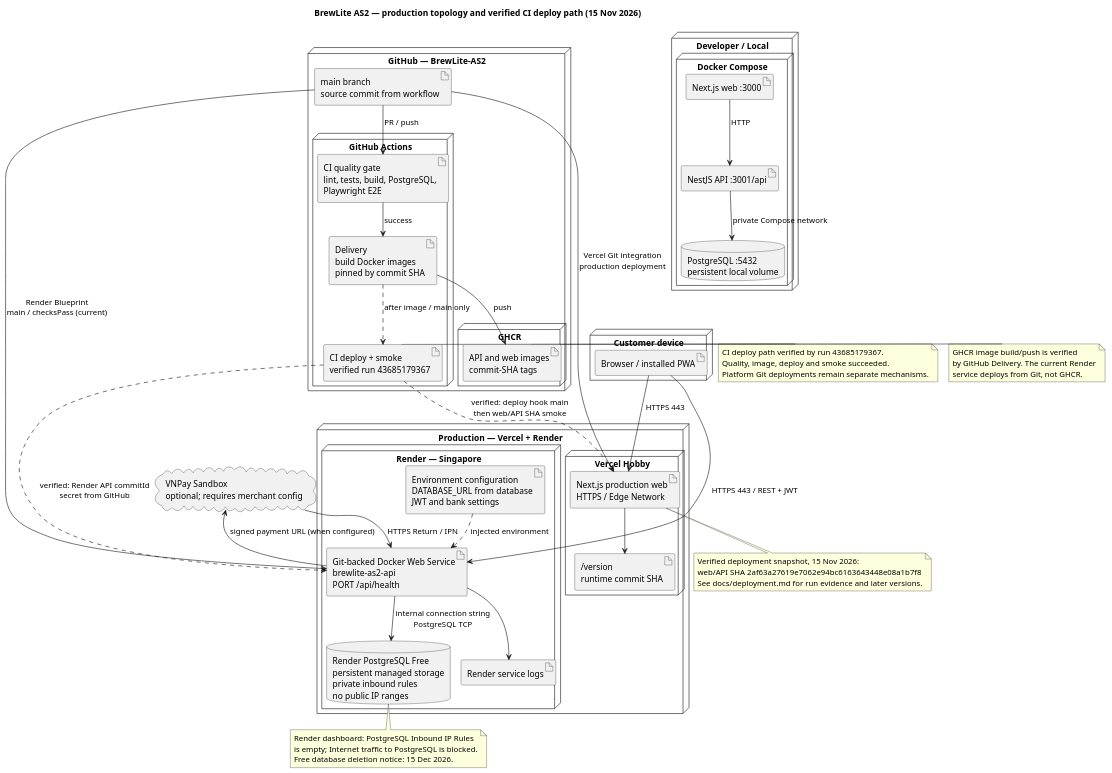
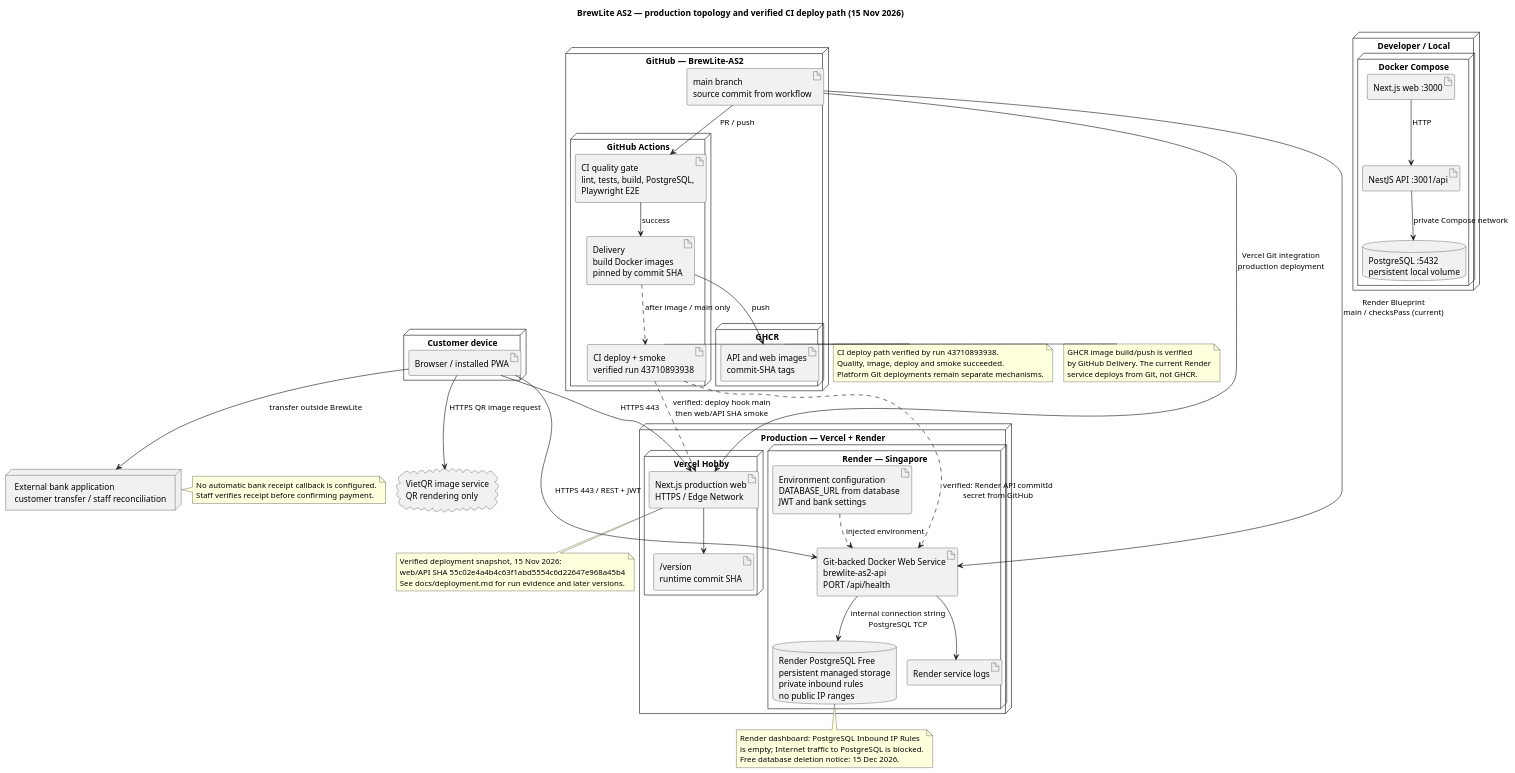
One commit to https-monstiez/BrewLite-AS2 changed the diagram in docs/diagrams/deployment.puml. Above: the diagram before and after it, drawn with PlantUML. The commit also changed 30 other files, not shown here.

```diff
--- a/docs/diagrams/deployment.puml
+++ b/docs/diagrams/deployment.puml
@@ -1,84 +1,89 @@
 @startuml
 !pragma layout smetana
 skinparam shadowing false
 skinparam defaultFontName SansSerif
 title BrewLite AS2 — production topology and verified CI deploy path (15 Nov 2026)
 
 node "Developer / Local" {
   node "Docker Compose" {
     artifact "Next.js web :3000" as localweb
     artifact "NestJS API :3001/api" as localapi
     database "PostgreSQL :5432\npersistent local volume" as localdb
     localweb --> localapi : HTTP
     localapi --> localdb : private Compose network
   }
 }
 
 node "GitHub — BrewLite-AS2" {
   artifact "main branch\nsource commit from workflow" as source
   node "GitHub Actions" {
     artifact "CI quality gate\nlint, tests, build, PostgreSQL,\nPlaywright E2E" as ci
     artifact "Delivery\nbuild Docker images\npinned by commit SHA" as delivery
-    artifact "CI deploy + smoke\nverified run 43685179367" as cideploy
+    artifact "CI deploy + smoke\nverified run 43710893938" as cideploy
   }
   node "GHCR" {
     artifact "API and web images\ncommit-SHA tags" as images
   }
   source --> ci : PR / push
   ci --> delivery : success
   delivery --> images : push
 }
 
 node "Production — Vercel + Render" {
   node "Vercel Hobby" {
     artifact "Next.js production web\nHTTPS / Edge Network" as web
     artifact "/version\nruntime commit SHA" as webversion
     web --> webversion
   }
   node "Render — Singapore" {
     artifact "Git-backed Docker Web Service\nbrewlite-as2-api\nPORT /api/health" as api
     database "Render PostgreSQL Free\npersistent managed storage\nprivate inbound rules\nno public IP ranges" as db
     artifact "Environment configuration\nDATABASE_URL from database\nJWT and bank settings" as secrets
     artifact "Render service logs" as logs
     api --> db : internal connection string\nPostgreSQL TCP
     secrets ..> api : injected environment
     api --> logs
   }
   source --> web : Vercel Git integration\nproduction deployment
   source --> api : Render Blueprint\nmain / checksPass (current)
   delivery ..> cideploy : after image / main only
   cideploy ..> api : verified: Render API commitId\nsecret from GitHub
   cideploy ..> web : verified: deploy hook main\nthen web/API SHA smoke
 }
 
 node "Customer device" {
   artifact "Browser / installed PWA" as client
 }
 
-cloud "VNPay Sandbox\noptional; requires merchant config" as vnp
+cloud "VietQR image service\nQR rendering only" as qr
+node "External bank application\ncustomer transfer / staff reconciliation" as bankapp
 client --> web : HTTPS 443
 client --> api : HTTPS 443 / REST + JWT
-api --> vnp : signed payment URL (when configured)
-vnp --> api : HTTPS Return / IPN
+client --> qr : HTTPS QR image request
+client --> bankapp : transfer outside BrewLite
+note right of bankapp
+No automatic bank receipt callback is configured.
+Staff verifies receipt before confirming payment.
+end note
 
 note right of cideploy
-CI deploy path verified by run 43685179367.
+CI deploy path verified by run 43710893938.
 Quality, image, deploy and smoke succeeded.
 Platform Git deployments remain separate mechanisms.
 end note
 note right of images
 GHCR image build/push is verified
 by GitHub Delivery. The current Render
 service deploys from Git, not GHCR.
 end note
 note bottom of db
 Render dashboard: PostgreSQL Inbound IP Rules
 is empty; Internet traffic to PostgreSQL is blocked.
 Free database deletion notice: 15 Dec 2026.
 end note
 note bottom of web
 Verified deployment snapshot, 15 Nov 2026:
-web/API SHA 2af63a27619e7062e94bc6163643448e08a1b7f8
+web/API SHA 55c02e4a4b4c63f1abd5554c6d22647e968a45b4
 See docs/deployment.md for run evidence and later versions.
 end note
 @enduml
```
